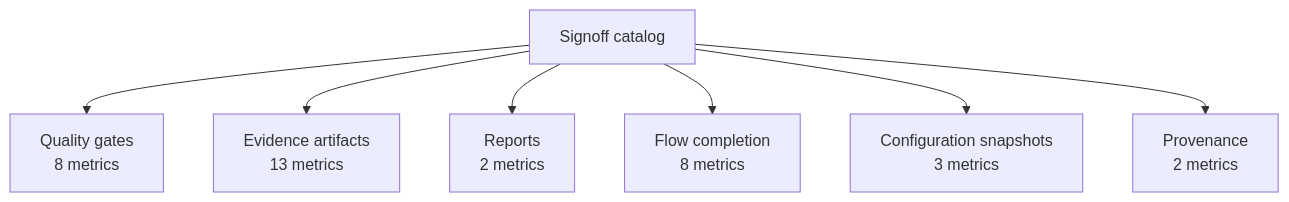
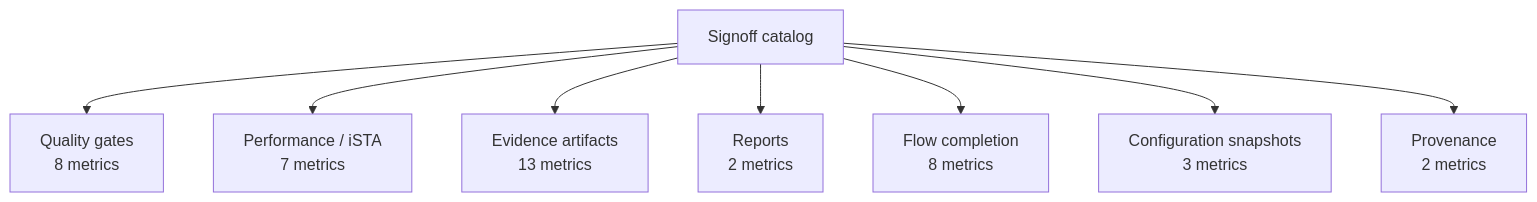
Before and after one commit to openecos-projects/ecc: the second of 53 diagrams in .github/signoff-board/signoff-kanban.md, drawn with Mermaid. The commit also changed other lines of this file and 2 other files, not shown here.

First line of the commit message:
feat(signoff): add performance / iSTA catalog slots (43 metrics)

````diff
--- a/.github/signoff-board/signoff-kanban.md
+++ b/.github/signoff-board/signoff-kanban.md
@@ -86,16 +98,18 @@
 ```mermaid
 flowchart TB
   hub["Signoff catalog"]
   map_quality_gate["Quality gates<br/>8 metrics"]
   hub --> map_quality_gate
+  map_performance["Performance / iSTA<br/>7 metrics"]
+  hub --> map_performance
   map_artifact["Evidence artifacts<br/>13 metrics"]
   hub --> map_artifact
   map_report["Reports<br/>2 metrics"]
   hub --> map_report
   map_flow["Flow completion<br/>8 metrics"]
   hub --> map_flow
   map_configuration["Configuration snapshots<br/>3 metrics"]
   hub --> map_configuration
   map_provenance["Provenance<br/>2 metrics"]
   hub --> map_provenance
 ```
````
